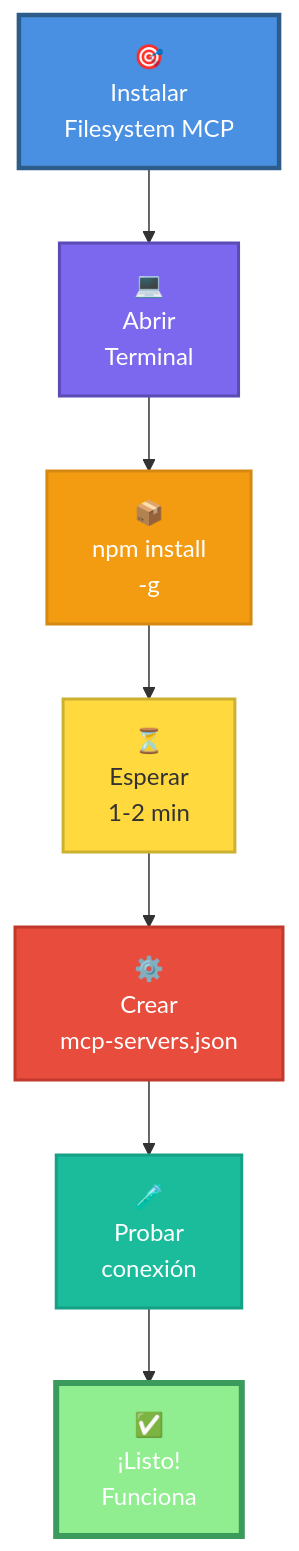
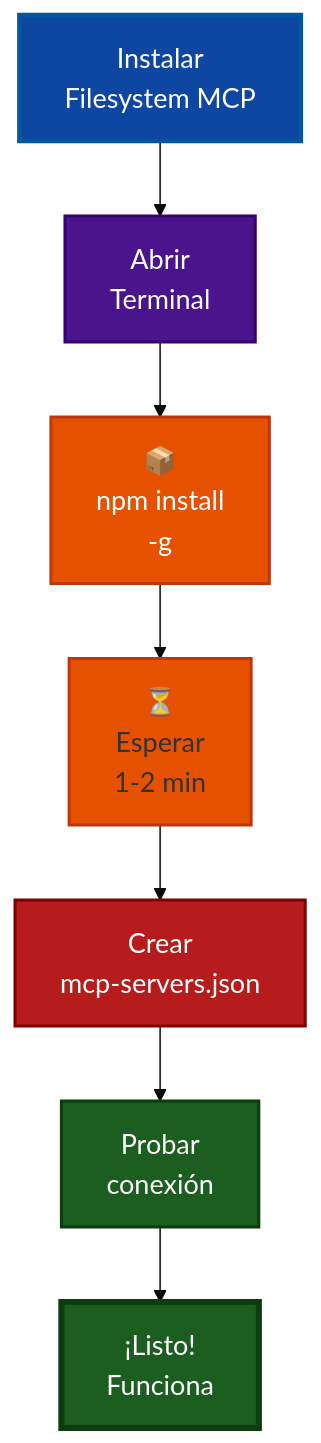
Before and after one commit to Ai-Whisperers/Courses-Content: the fourth of 16 diagrams in courses/🟡-development/FPUNA-2026/00-FUNDAMENTOS-PRINCIPALES/02-maestria-configuracion.md, drawn with Mermaid. The commit also changed other lines of this file and 47 other files, not shown here.

First line of the commit message:
fix: Make all 473 diagrams WCAG AAA accessible (FPUNA-2026)

````diff
--- a/courses/🟡-development/FPUNA-2026/00-FUNDAMENTOS-PRINCIPALES/02-maestria-configuracion.md
+++ b/courses/🟡-development/FPUNA-2026/00-FUNDAMENTOS-PRINCIPALES/02-maestria-configuracion.md
@@ -201,18 +204,19 @@
 ```mermaid
+%%{init: {'theme':'base', 'themeVariables': {'fontSize':'18px'}}}%%
 flowchart TD
-    Start["🎯<br/>Instalar<br/>Filesystem MCP"] --> Open["💻<br/>Abrir<br/>Terminal"]
+    Start["Instalar<br/>Filesystem MCP"] --> Open["Abrir<br/>Terminal"]
     Open --> Install["📦<br/>npm install<br/>-g"]
     Install --> Wait["⏳<br/>Esperar<br/>1-2 min"]
-    Wait --> Config["⚙️<br/>Crear<br/>mcp-servers.json"]
-    Config --> Test["🧪<br/>Probar<br/>conexión"]
-    Test --> Success["✅<br/>¡Listo!<br/>Funciona"]
+    Wait --> Config["Crear<br/>mcp-servers.json"]
+    Config --> Test["Probar<br/>conexión"]
+    Test --> Success["¡Listo!<br/>Funciona"]
     
-    style Start fill:#4A90E2,stroke:#2E5C8A,stroke-width:3px,color:#fff
-    style Open fill:#7B68EE,stroke:#5A4BB5,stroke-width:2px,color:#fff
-    style Install fill:#F39C12,stroke:#D68910,stroke-width:2px,color:#fff
-    style Wait fill:#FFD93D,stroke:#CCB031,stroke-width:2px,color:#333
-    style Config fill:#E74C3C,stroke:#C0392B,stroke-width:2px,color:#fff
-    style Test fill:#1ABC9C,stroke:#16A085,stroke-width:2px,color:#fff
-    style Success fill:#50C878,stroke:#3A9B5C,stroke-width:4px,color:#fff
-    style Success fill:#90EE90
+    style Start fill:#0d47a1,stroke:#01579b,stroke-width:3px,color:#fff
+    style Open fill:#4a148c,stroke:#38006b,stroke-width:2px,color:#fff
+    style Install fill:#e65100,stroke:#bf360c,stroke-width:2px,color:#fff
+    style Wait fill:#e65100,stroke:#bf360c,stroke-width:2px,color:#333
+    style Config fill:#b71c1c,stroke:#7f0000,stroke-width:2px,color:#fff
+    style Test fill:#1b5e20,stroke:#0d3d0f,stroke-width:2px,color:#fff
+    style Success fill:#1b5e20,stroke:#0d3d0f,stroke-width:4px,color:#fff
+    style Success fill:#1b5e20
 ```
````
